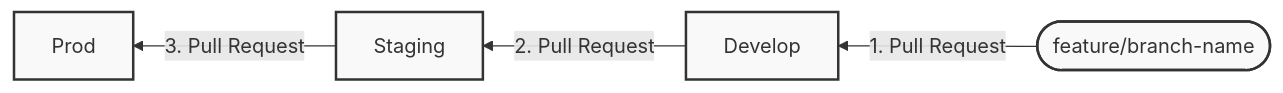
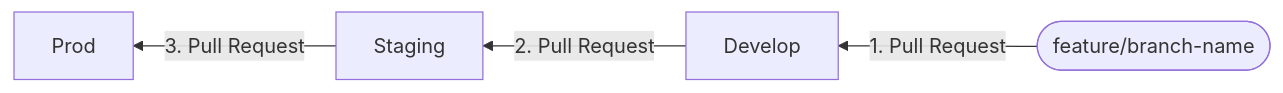
Before and after one commit to artsgoz/documentation: the second of 2 diagrams in WoW/branch-and-pr.md, drawn with Mermaid.

````diff
--- a/WoW/branch-and-pr.md
+++ b/WoW/branch-and-pr.md
@@ -101,9 +101,6 @@
 ```mermaid
 flowchart RL
     Feature([feature/branch-name]) -->|1. Pull Request| Develop[Develop]
     Develop -->|2. Pull Request| Staging[Staging]
     Staging -->|3. Pull Request| Prod[Prod]
-
-    classDef branch fill:#f9f9f9,stroke:#333,stroke-width:2px;
-    class Feature,Develop,Staging,Prod branch;
 ```
````
